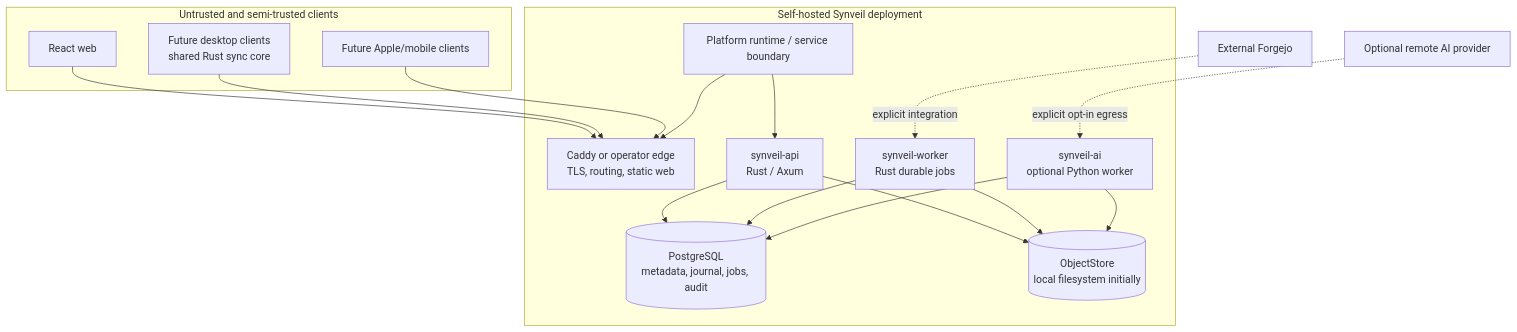
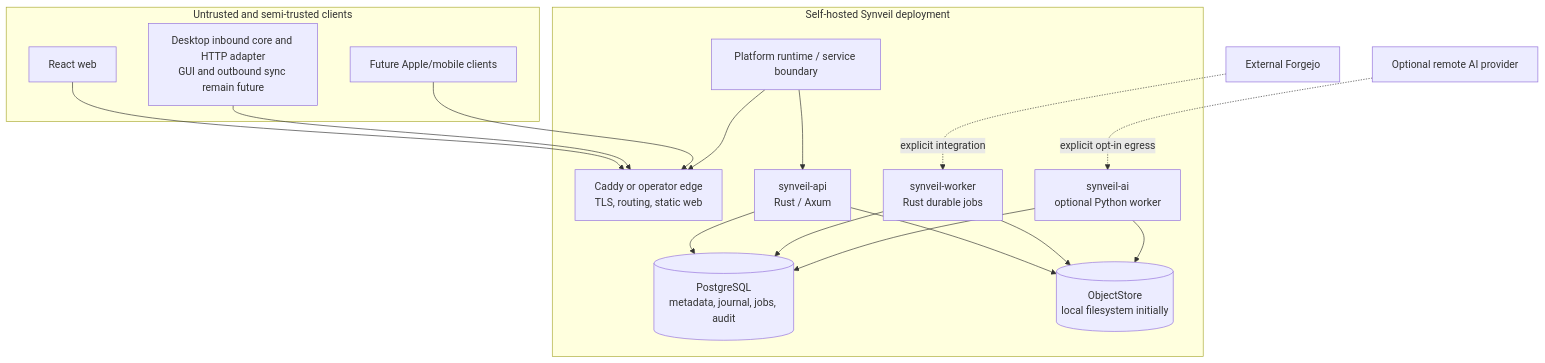
The first of 3 diagrams in docs/en/ARCHITECTURE.md (nghianguyen150612/Synveil), drawn with Mermaid before and after one commit. The commit also changed other lines of this file and 113 other files, not shown here.

First line of the commit message:
feat: complete Synveil desktop sync foundation

````diff
--- a/docs/en/ARCHITECTURE.md
+++ b/docs/en/ARCHITECTURE.md
@@ -20,34 +20,34 @@
 ```mermaid
 flowchart TB
     subgraph Untrusted["Untrusted and semi-trusted clients"]
         Web["React web"]
-        Desktop["Future desktop clients\nshared Rust sync core"]
+        Desktop["Desktop inbound core and HTTP adapter\nGUI and outbound sync remain future"]
         Mobile["Future Apple/mobile clients"]
     end
 
     Web --> Edge
     Desktop --> Edge
     Mobile --> Edge
 
     subgraph Host["Self-hosted Synveil deployment"]
         Runtime["Platform runtime / service boundary"]
         Edge["Caddy or operator edge\nTLS, routing, static web"]
         API["synveil-api\nRust / Axum"]
         Worker["synveil-worker\nRust durable jobs"]
         DB[("PostgreSQL\nmetadata, journal, jobs, audit")]
         Store[("ObjectStore\nlocal filesystem initially")]
         AI["synveil-ai\noptional Python worker"]
 
         Runtime --> Edge
         Runtime --> API
         API --> DB
         API --> Store
         Worker --> DB
         Worker --> Store
         AI --> DB
         AI --> Store
     end
 
     Forgejo["External Forgejo"] -. "explicit integration" .-> Worker
     RemoteAI["Optional remote AI provider"] -. "explicit opt-in egress" .-> AI
 ```
````
